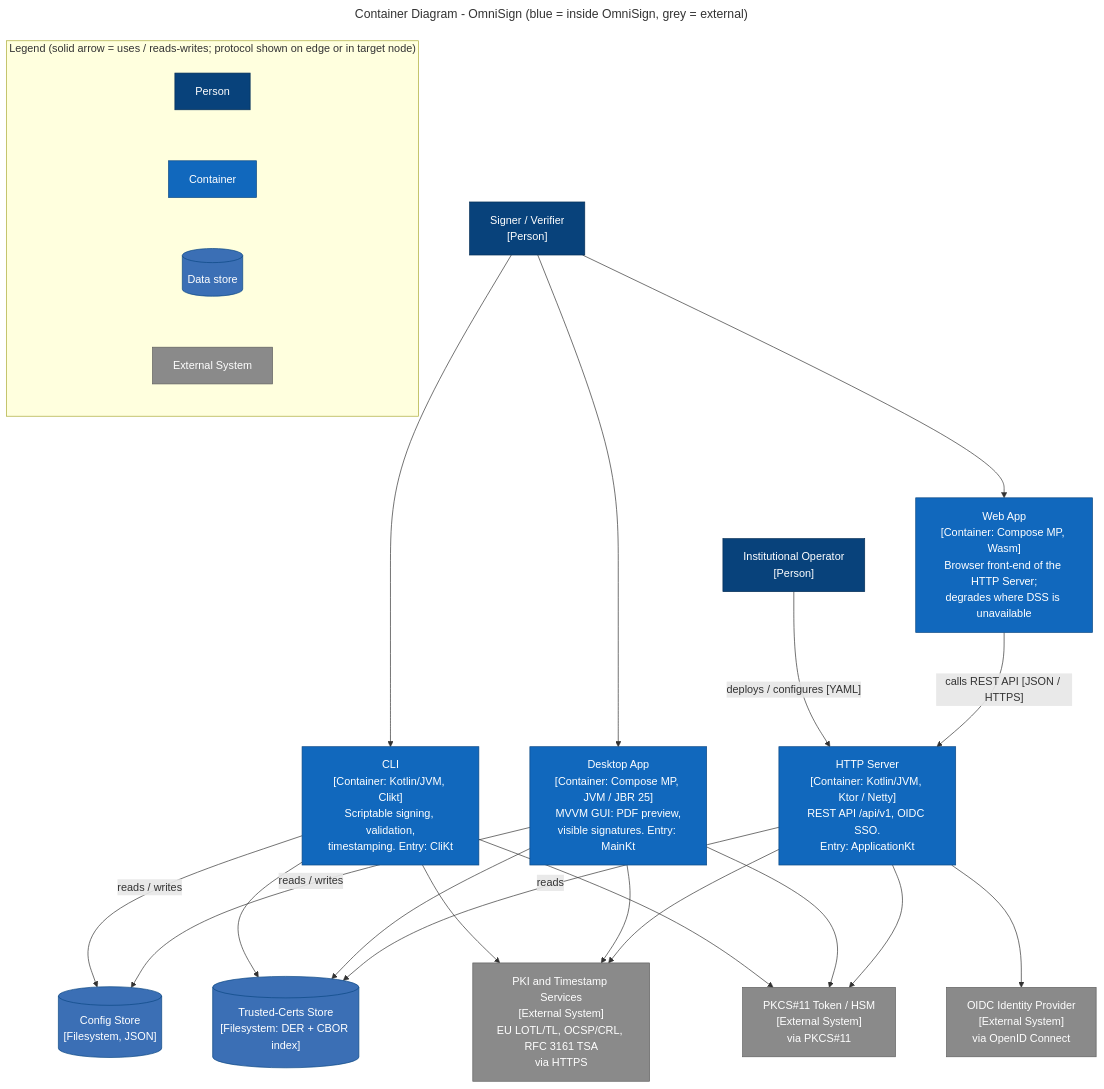
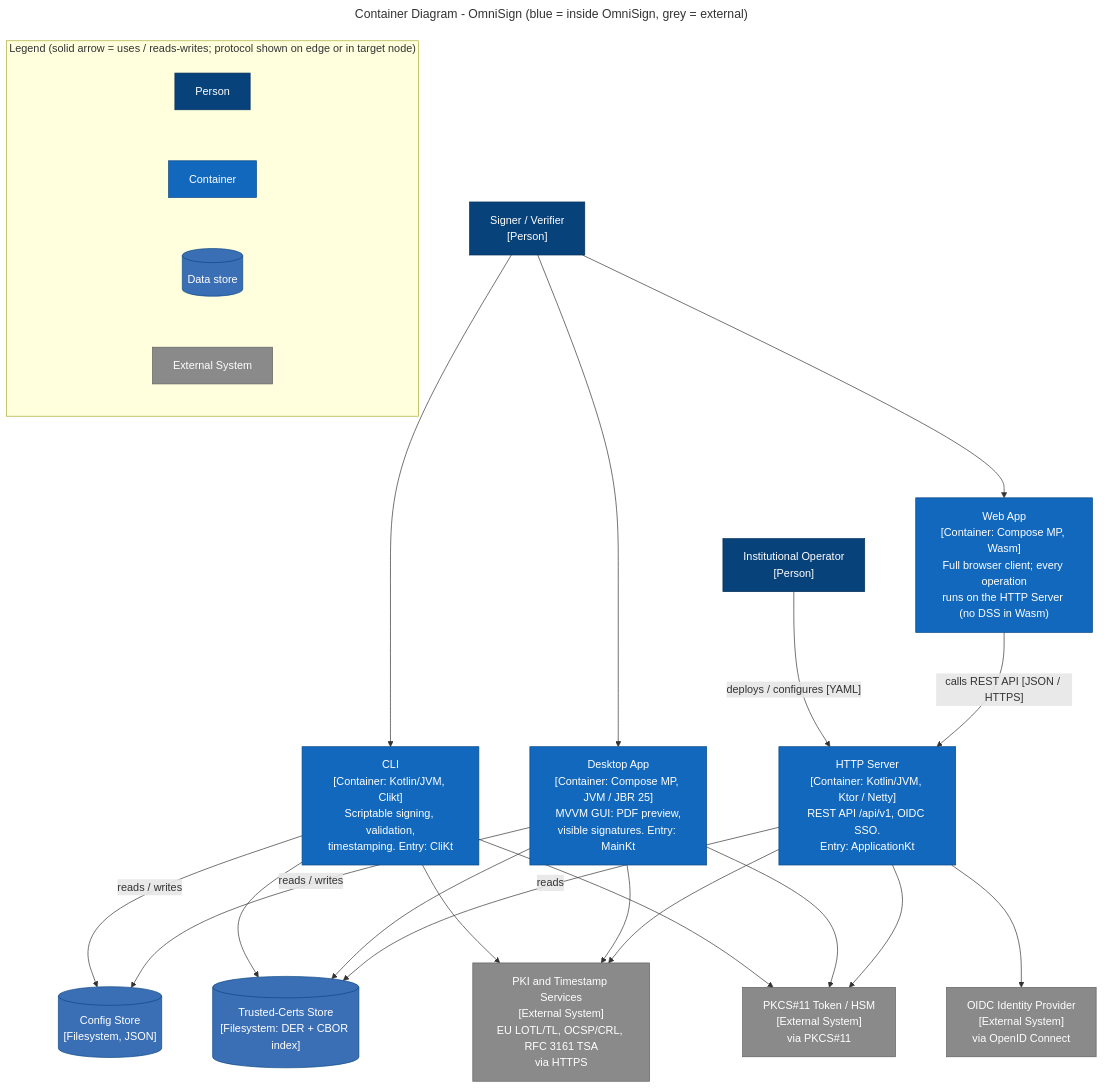
One commit to pizavo/omnisign changed the diagram in docs/diagrams/02-container.mmd. Above: the diagram before and after it, drawn with Mermaid. The commit also changed 3 other files, not shown here.

First line of the commit message:
docs: correct drift in the architecture diagrams

```diff
--- a/docs/diagrams/02-container.mmd
+++ b/docs/diagrams/02-container.mmd
@@ -1,58 +1,58 @@
 ---
 title: Container Diagram - OmniSign (blue = inside OmniSign, grey = external)
 config:
   flowchart:
     nodeSpacing: 75
     rankSpacing: 120
 ---
 flowchart TB
   user["Signer / Verifier<br/>[Person]"]
   admin["Institutional Operator<br/>[Person]"]
 
   cli["CLI<br/>[Container: Kotlin/JVM, Clikt]<br/>Scriptable signing, validation,<br/>timestamping. Entry: CliKt"]
   desktop["Desktop App<br/>[Container: Compose MP, JVM / JBR 25]<br/>MVVM GUI: PDF preview,<br/>visible signatures. Entry: MainKt"]
-  web["Web App<br/>[Container: Compose MP, Wasm]<br/>Browser front-end of the HTTP Server;<br/>degrades where DSS is unavailable"]
+  web["Web App<br/>[Container: Compose MP, Wasm]<br/>Full browser client; every operation<br/>runs on the HTTP Server (no DSS in Wasm)"]
   server["HTTP Server<br/>[Container: Kotlin/JVM, Ktor / Netty]<br/>REST API /api/v1, OIDC SSO.<br/>Entry: ApplicationKt"]
   cfg[("Config Store<br/>[Filesystem, JSON]")]
   trust[("Trusted-Certs Store<br/>[Filesystem: DER + CBOR index]")]
 
   pki["PKI and Timestamp Services<br/>[External System]<br/>EU LOTL/TL, OCSP/CRL, RFC 3161 TSA<br/>via HTTPS"]
   token["PKCS#11 Token / HSM<br/>[External System]<br/>via PKCS#11"]
   idp["OIDC Identity Provider<br/>[External System]<br/>via OpenID Connect"]
 
   user -->cli
   user -->desktop
   user -->web
   admin -->|"deploys / configures [YAML]"| server
   web -->|"calls REST API [JSON / HTTPS]"| server
 
   cli -->|reads / writes| cfg
   desktop -->|reads / writes| cfg
   cli --> trust
   desktop --> trust
   server -->|reads| trust
 
   cli --> pki
   desktop --> pki
   server --> pki
   cli --> token
   desktop --> token
   server --> token
   server --> idp
 
   subgraph legend["Legend  (solid arrow = uses / reads-writes; protocol shown on edge or in target node)"]
     direction LR
     lp["Person"]:::person
     lc["Container"]:::container
     lst[("Data store")]:::store
     le["External System"]:::external
   end
 
   classDef person fill:#08427b,stroke:#052e56,color:#ffffff
   classDef container fill:#1168bd,stroke:#0b4884,color:#ffffff
   classDef store fill:#3b6fb5,stroke:#0b4884,color:#ffffff
   classDef external fill:#8a8a8a,stroke:#5f5f5f,color:#ffffff
   class user,admin person
   class cli,desktop,web,server container
   class cfg,trust store
   class pki,token,idp external
```
